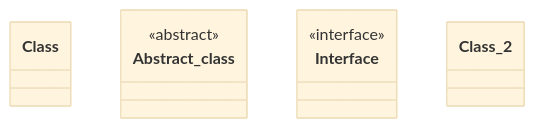
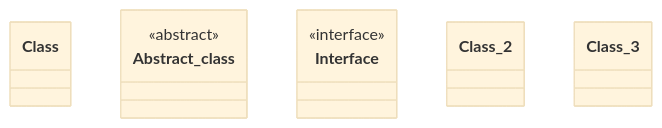
Before and after one commit to saiphanindra1010/arch_diagram_demo: the diagram in mermade/ddddd.md, drawn with Mermaid (base theme).

Commit message:
mermade: save sssssssddddd

````diff
--- a/mermade/ddddd.md
+++ b/mermade/ddddd.md
@@ -3,12 +3,13 @@
 ```mermaid
 classDiagram
   class Class
   class Abstract_class {
     <<abstract>>
   }
   class Interface {
     <<interface>>
   }
   class Class_2
-%% mermade:{"v":1,"diagramType":"class","nodes":{"Class":{"x":428.65234375,"y":427.6484375,"w":220,"h":70,"kind":"class","members":[]},"Abstract_class":{"x":916.19140625,"y":269.73046875,"w":220,"h":70,"kind":"abstract","members":[],"stereotype":"abstract"},"Interface":{"x":672.453125,"y":219.84765625,"w":220,"h":70,"kind":"interface","members":[],"stereotype":"interface"},"Class_2":{"x":689.19921875,"y":514.87109375,"w":220,"h":70,"kind":"class","members":[]}},"groups":{},"edges":{}}
+  class Class_3
+%% mermade:{"v":1,"diagramType":"class","nodes":{"Class":{"x":428.65234375,"y":427.6484375,"w":220,"h":70,"kind":"class","members":[]},"Abstract_class":{"x":916.19140625,"y":269.73046875,"w":220,"h":70,"kind":"abstract","members":[],"stereotype":"abstract"},"Interface":{"x":672.453125,"y":219.84765625,"w":220,"h":70,"kind":"interface","members":[],"stereotype":"interface"},"Class_2":{"x":689.19921875,"y":514.87109375,"w":220,"h":70,"kind":"class","members":[]},"Class_3":{"x":341.61328125,"y":254.484375,"w":220,"h":70,"kind":"class","members":[]}},"groups":{},"edges":{}}
 ```
````
